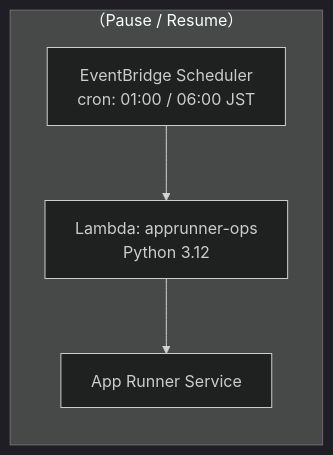
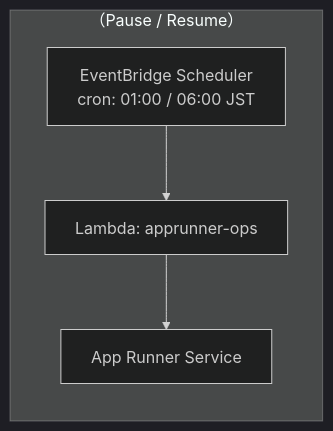
One commit to mori-akira/jibun-dashboard changed the second of 2 diagrams in doc/04.infra/diagram.md. Above: the diagram before and after it, drawn with Mermaid (dark theme). The commit also changed 1 other file, not shown here.

````diff
--- a/doc/04.infra/diagram.md
+++ b/doc/04.infra/diagram.md
@@ -65,13 +65,13 @@
 ```mermaid
 %%{init: {'flowchart': {'htmlLabels': false}} }%%
 flowchart LR
 
   subgraph OPS["（Pause / Resume）"]
     SCH["EventBridge Scheduler<br>cron: 01:00 / 06:00 JST"]
-    LAMBDA["Lambda: apprunner-ops<br>Python 3.12"]
+    LAMBDA["Lambda: apprunner-ops"]
     ARS["App Runner Service"]
   end
 
   SCH --> LAMBDA
   LAMBDA --> ARS
 ```
````
